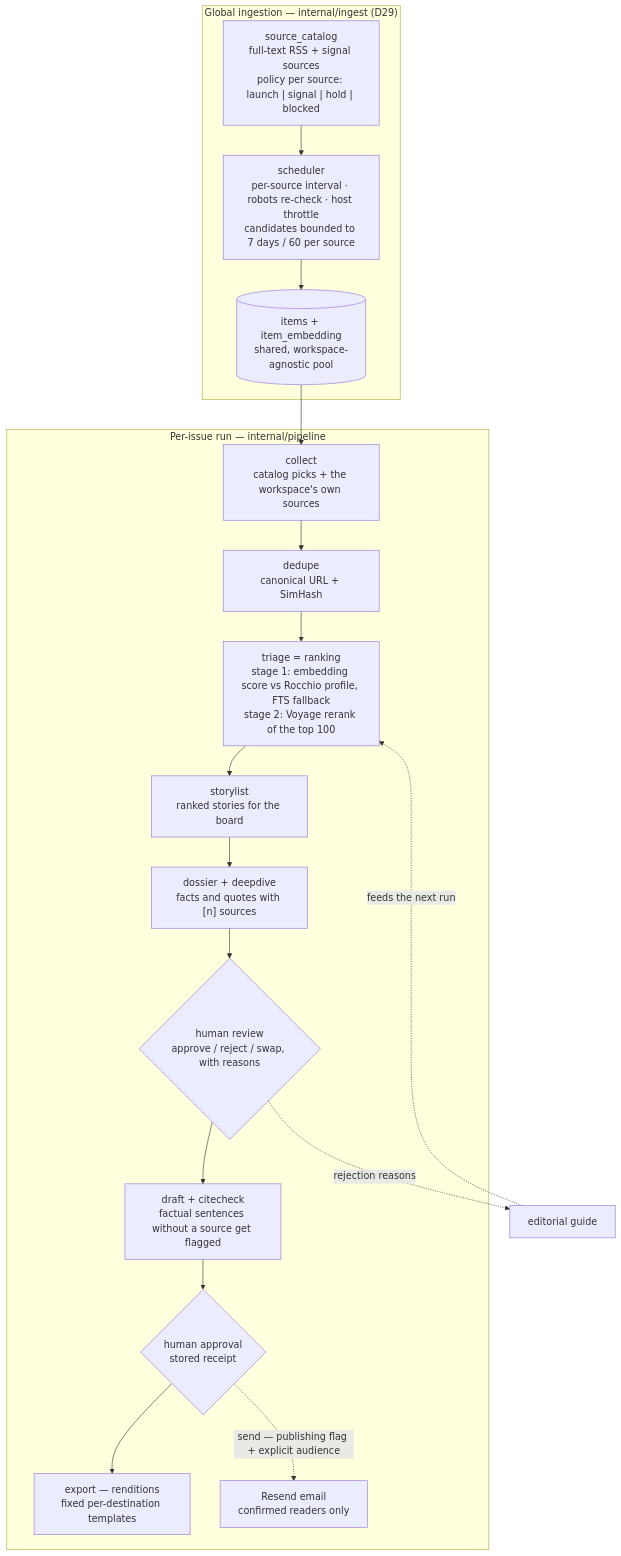
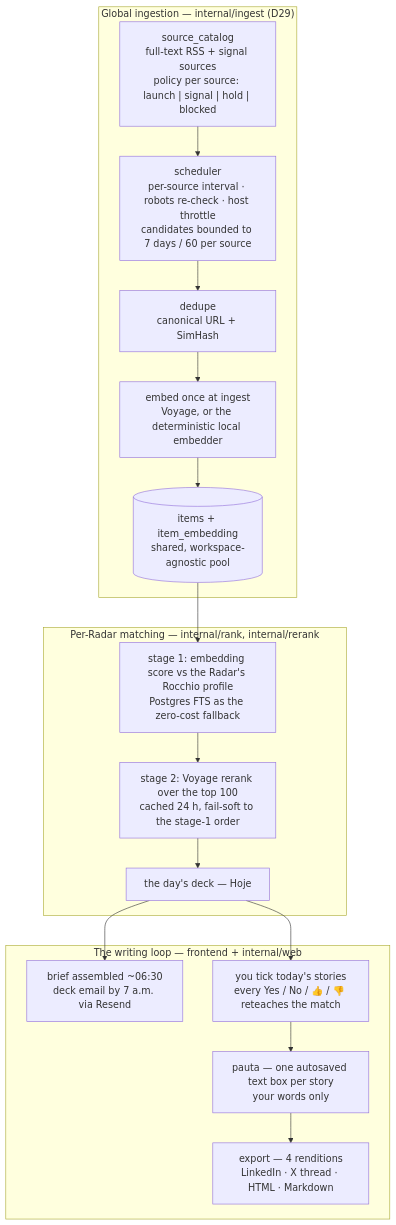
Before and after one commit to sthefanocordeiro/kloxus: the diagram in docs/architecture.md, drawn with Mermaid. The commit also changed other lines of this file and 4 other files, not shown here.

First line of the commit message:
KLOX-252: pivot copy to Logistica & Automacao track — landing, FAQ, README, architecture, submission, index.html

````diff
--- a/docs/architecture.md
+++ b/docs/architecture.md
@@ -13,24 +13,23 @@
 ```mermaid
 flowchart TB
     subgraph Global["Global ingestion — internal/ingest (D29)"]
         CAT["source_catalog<br/>full-text RSS + signal sources<br/>policy per source: launch | signal | hold | blocked"]
         CAT --> SCH["scheduler<br/>per-source interval · robots re-check · host throttle<br/>candidates bounded to 7 days / 60 per source"]
-        SCH --> POOL[("items + item_embedding<br/>shared, workspace-agnostic pool")]
+        SCH --> DD["dedupe<br/>canonical URL + SimHash"]
+        DD --> EMB["embed once at ingest<br/>Voyage, or the deterministic local embedder"]
+        EMB --> POOL[("items + item_embedding<br/>shared, workspace-agnostic pool")]
     end
 
-    subgraph Run["Per-issue run — internal/pipeline"]
-        COL["collect<br/>catalog picks + the workspace's own sources"] --> DD["dedupe<br/>canonical URL + SimHash"]
-        DD --> RNK["triage = ranking<br/>stage 1: embedding score vs Rocchio profile, FTS fallback<br/>stage 2: Voyage rerank of the top 100"]
-        RNK --> STL["storylist<br/>ranked stories for the board"]
-        STL --> DOS["dossier + deepdive<br/>facts and quotes with [n] sources"]
-        DOS --> REV{"human review<br/>approve / reject / swap, with reasons"}
-        REV --> DRF["draft + citecheck<br/>factual sentences without a source get flagged"]
-        DRF --> APR{"human approval<br/>stored receipt"}
-        APR --> OUT["export — renditions<br/>fixed per-destination templates"]
-        APR -. "send — publishing flag + explicit audience" .-> MAIL["Resend email<br/>confirmed readers only"]
+    subgraph Match["Per-Radar matching — internal/rank, internal/rerank"]
+        POOL --> S1["stage 1: embedding score vs the Radar's Rocchio profile<br/>Postgres FTS as the zero-cost fallback"]
+        S1 --> S2["stage 2: Voyage rerank over the top 100<br/>cached 24 h, fail-soft to the stage-1 order"]
+        S2 --> DECK["the day's deck — Hoje"]
     end
 
-    POOL --> COL
-    REV -. "rejection reasons" .-> GDE["editorial guide"]
-    GDE -. "feeds the next run" .-> RNK
+    subgraph Loop["The writing loop — frontend + internal/web"]
+        DECK --> MAIL["brief assembled ~06:30<br/>deck email by 7 a.m. via Resend"]
+        DECK --> PICK["you tick today's stories<br/>every Yes / No / 👍 / 👎 reteaches the match"]
+        PICK --> PAUTA["pauta — one autosaved text box per story<br/>your words only"]
+        PAUTA --> EXP["export — 4 renditions<br/>LinkedIn · X thread · HTML · Markdown"]
+    end
 ```
````
